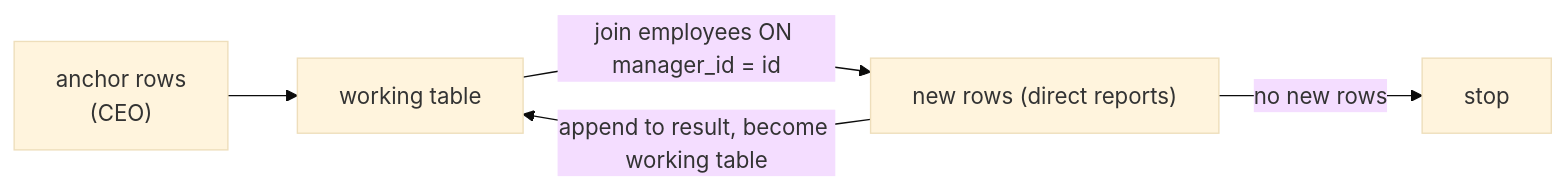
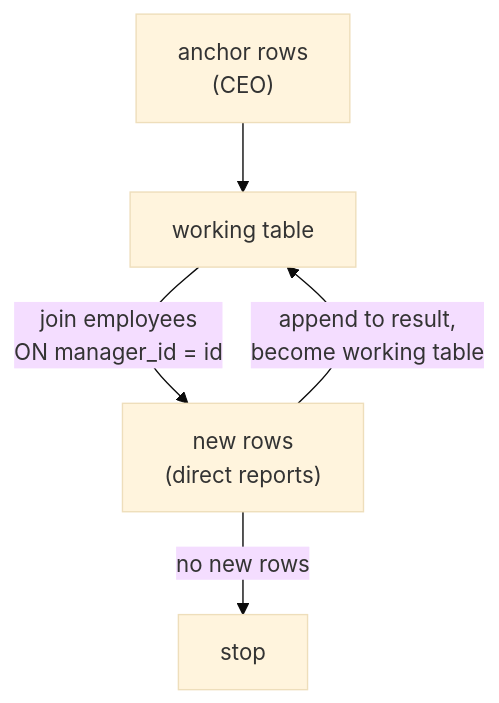
The diagram in content/lessons/db/sql-subqueries-ctes.md (Siva010/CoreCS), drawn with Mermaid (base theme) before and after one commit. The commit also changed 54 other files, not shown here.

First line of the commit message:
Add diagrams to the database lessons and make them readable

````diff
--- a/content/lessons/db/sql-subqueries-ctes.md
+++ b/content/lessons/db/sql-subqueries-ctes.md
@@ -113,7 +113,7 @@
 ```mermaid
-flowchart LR
+flowchart TD
     A["anchor rows<br/>(CEO)"] --> W["working table"]
-    W -->|"join employees ON manager_id = id"| N["new rows (direct reports)"]
-    N -->|"append to result, become working table"| W
+    W -->|"join employees<br/>ON manager_id = id"| N["new rows<br/>(direct reports)"]
+    N -->|"append to result,<br/>become working table"| W
     N -->|"no new rows"| S["stop"]
 ```
````
